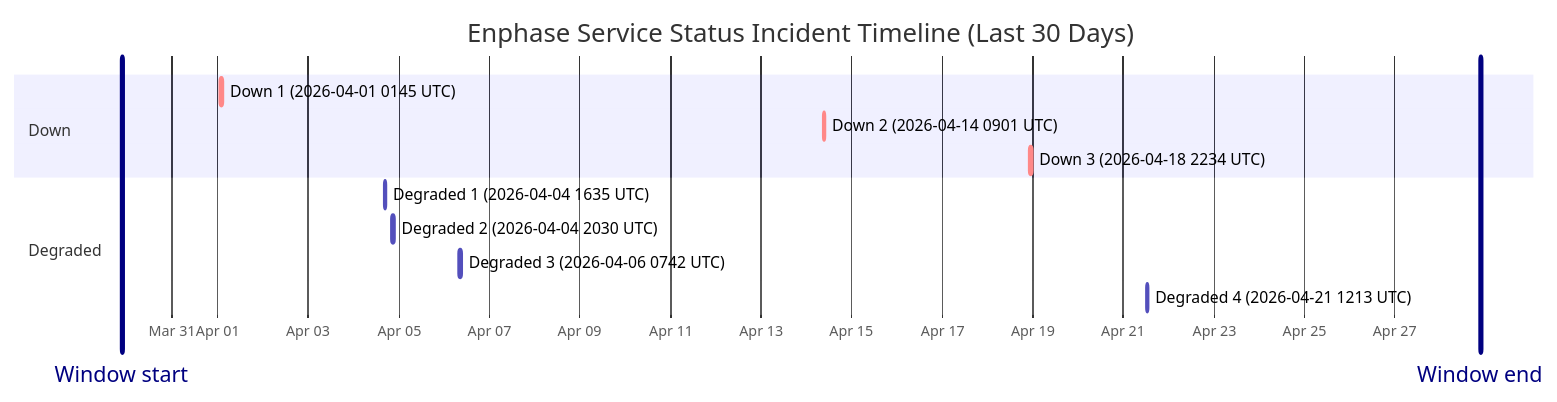
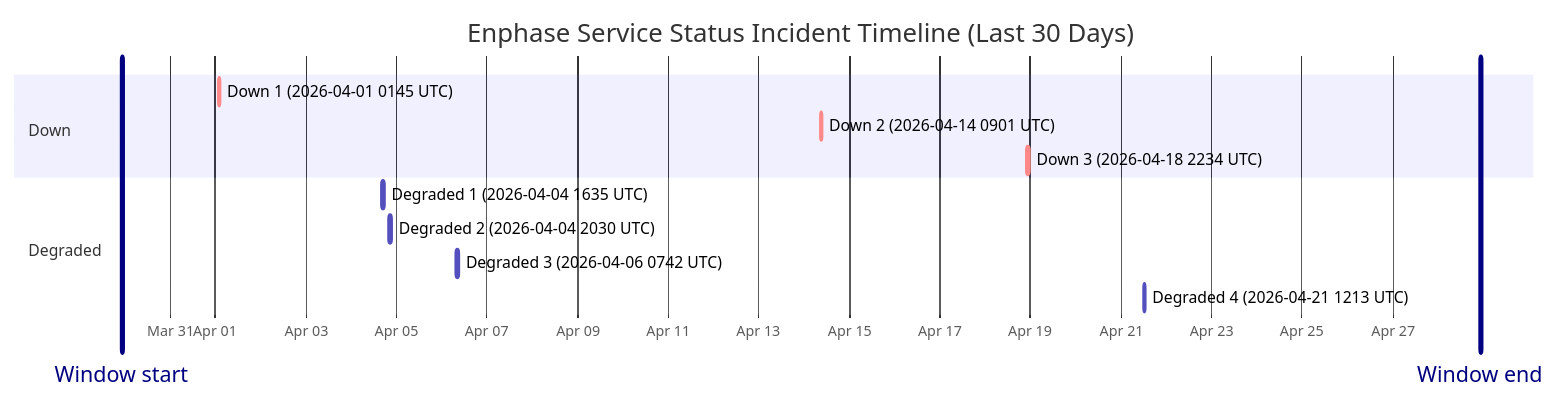
One commit to barneyonline/ha-enphase-ev-charger changed the diagram in wiki/Service-Status-History.md. Above: the diagram before and after it, drawn with Mermaid. The commit also changed other lines of this file and 3 other files, not shown here.

````diff
--- a/wiki/Service-Status-History.md
+++ b/wiki/Service-Status-History.md
@@ -14,17 +14,17 @@
 ```mermaid
 gantt
     title Enphase Service Status Incident Timeline (Last 30 Days)
     dateFormat  YYYY-MM-DDTHH:mm:ss
     axisFormat  %b %d
-    Window start :vert, window-start, 2026-03-29T21:05:54, 0ms
-    Window end :vert, window-end, 2026-04-28T21:05:54, 0ms
+    Window start :vert, window-start, 2026-03-29T22:30:50, 0ms
+    Window end :vert, window-end, 2026-04-28T22:30:50, 0ms
     section Down
     Down 1 (2026-04-01 0145 UTC) :crit, down-1, 2026-04-01T01:45:09, 60m
     Down 2 (2026-04-14 0901 UTC) :crit, down-2, 2026-04-14T09:01:13, 60m
     Down 3 (2026-04-18 2234 UTC) :crit, down-3, 2026-04-18T22:34:13, 60m
     section Degraded
     Degraded 1 (2026-04-04 1635 UTC) :active, degraded-1, 2026-04-04T16:35:17, 60m
     Degraded 2 (2026-04-04 2030 UTC) :active, degraded-2, 2026-04-04T20:30:40, 60m
     Degraded 3 (2026-04-06 0742 UTC) :active, degraded-3, 2026-04-06T07:42:09, 85m
     Degraded 4 (2026-04-21 1213 UTC) :active, degraded-4, 2026-04-21T12:13:11, 60m
 ```
````
